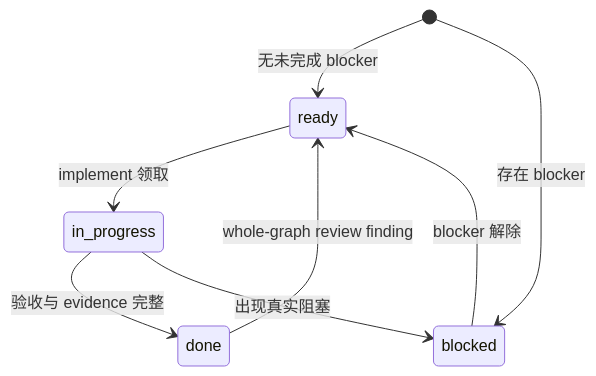
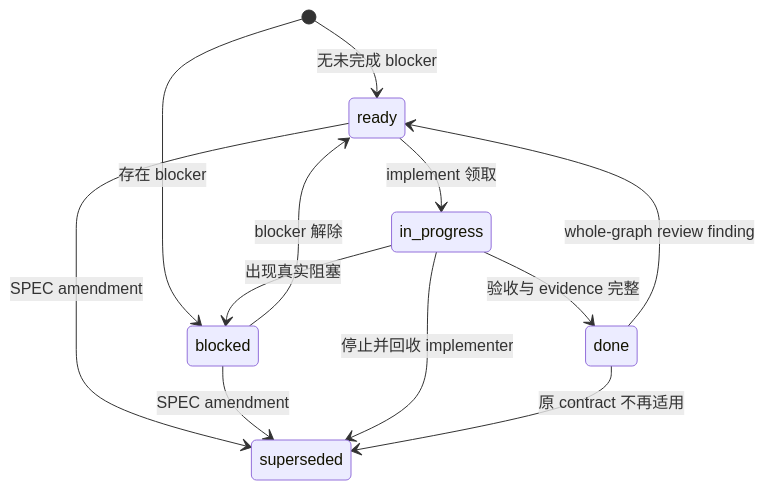
Before and after one commit to calvingit/skills: the second of 2 diagrams in README.md, drawn with Mermaid. The commit also changed other lines of this file and 4 other files, not shown here.

````diff
--- a/README.md
+++ b/README.md
@@ -186,10 +186,14 @@
 ```mermaid
 stateDiagram-v2
     [*] --> ready: 无未完成 blocker
     [*] --> blocked: 存在 blocker
     blocked --> ready: blocker 解除
     ready --> in_progress: implement 领取
     in_progress --> done: 验收与 evidence 完整
     in_progress --> blocked: 出现真实阻塞
     done --> ready: whole-graph review finding
+    ready --> superseded: SPEC amendment
+    blocked --> superseded: SPEC amendment
+    in_progress --> superseded: 停止并回收 implementer
+    done --> superseded: 原 contract 不再适用
 ```
````
